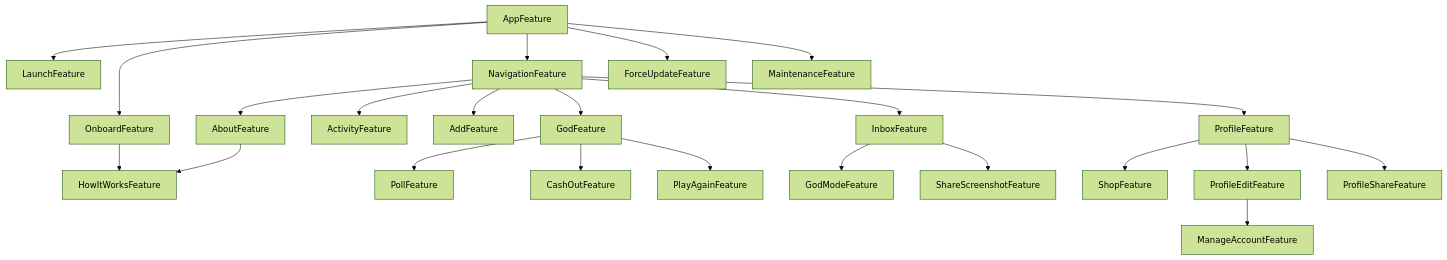
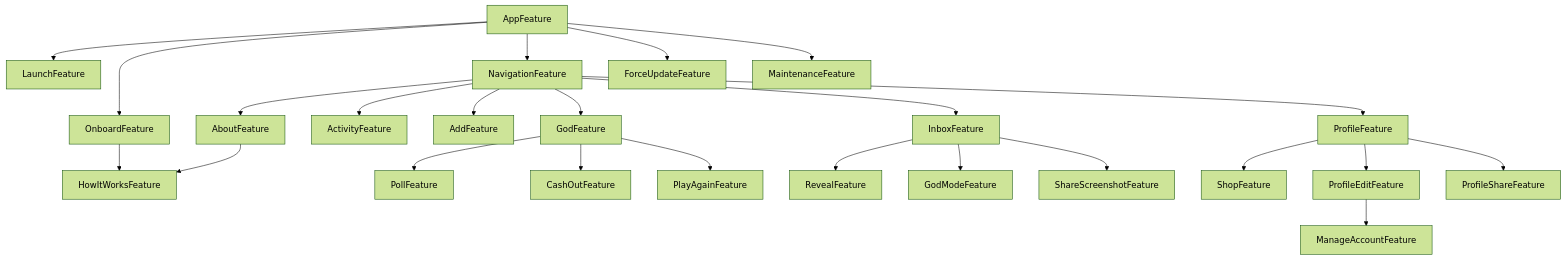
One commit to 0x1-company/god-ios changed the diagram in Packages/GodPackage/README.md. Above: the diagram before and after it, drawn with Mermaid (forest theme).

Commit message:
chore: 🤖 dgraph

````diff
--- a/Packages/GodPackage/README.md
+++ b/Packages/GodPackage/README.md
@@ -6,25 +6,26 @@
 ```mermaid
 graph TD;
     AboutFeature-->HowItWorksFeature;
     AppFeature-->LaunchFeature;
     AppFeature-->OnboardFeature;
     AppFeature-->NavigationFeature;
     AppFeature-->ForceUpdateFeature;
     AppFeature-->MaintenanceFeature;
     GodFeature-->PollFeature;
     GodFeature-->CashOutFeature;
     GodFeature-->PlayAgainFeature;
+    InboxFeature-->RevealFeature;
     InboxFeature-->GodModeFeature;
     InboxFeature-->ShareScreenshotFeature;
     NavigationFeature-->AboutFeature;
     NavigationFeature-->ActivityFeature;
     NavigationFeature-->AddFeature;
     NavigationFeature-->GodFeature;
     NavigationFeature-->InboxFeature;
     NavigationFeature-->ProfileFeature;
     OnboardFeature-->HowItWorksFeature;
     ProfileEditFeature-->ManageAccountFeature;
     ProfileFeature-->ShopFeature;
     ProfileFeature-->ProfileEditFeature;
     ProfileFeature-->ProfileShareFeature;
 ```
````
